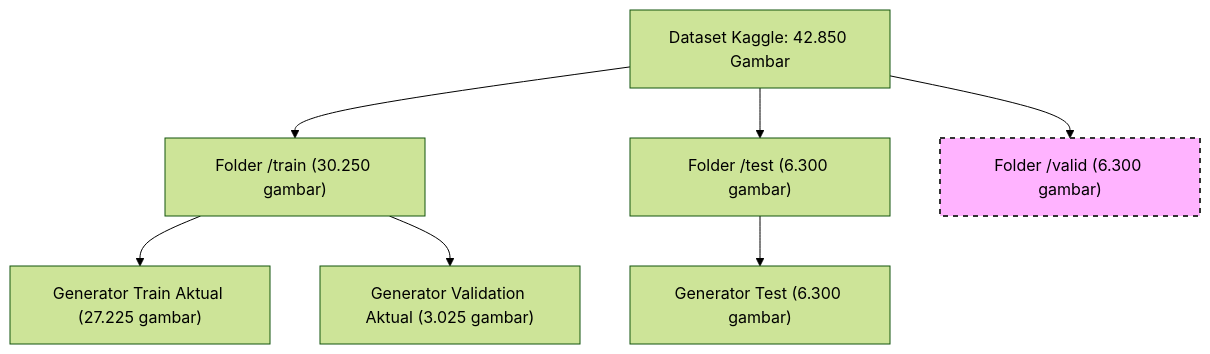
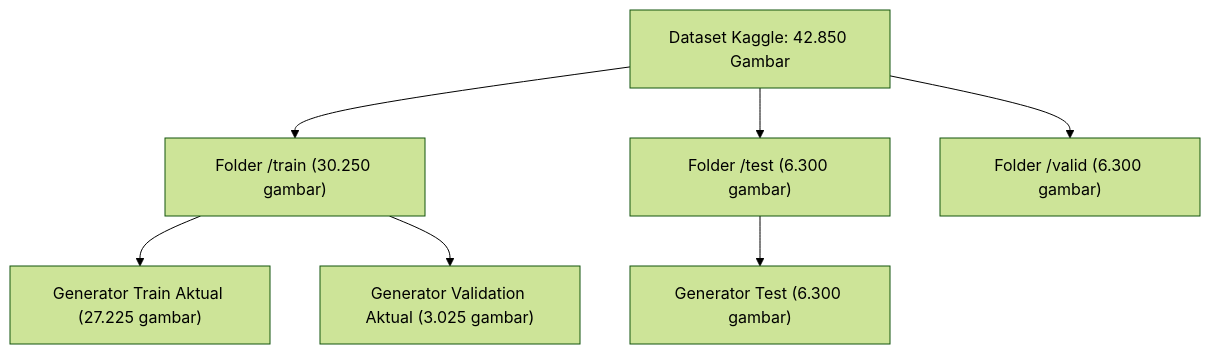
Before and after one commit to hissyam90/kalimantan-wildfire-hotspot-detection: the first of 4 diagrams in docs/MODEL_TRAINING.md, drawn with Mermaid (forest theme). The commit also changed other lines of this file, not shown here.

````diff
--- a/docs/MODEL_TRAINING.md
+++ b/docs/MODEL_TRAINING.md
@@ -48,13 +48,11 @@
 ```mermaid
 graph TD
     Kaggle["Dataset Kaggle: 42.850 Gambar"] --> TrainDir["Folder /train (30.250 gambar)"]
     Kaggle --> TestDir["Folder /test (6.300 gambar)"]
     Kaggle --> ValidDir["Folder /valid (6.300 gambar)"]
 
     TrainDir --> TrainSplit["Generator Train Aktual (27.225 gambar)"]
     TrainDir --> ValidSplit["Generator Validation Aktual (3.025 gambar)"]
     
     TestDir --> TestSplit["Generator Test (6.300 gambar)"]
-    
-    style ValidDir fill:#ffb3ff,stroke:#333,stroke-width:2px,stroke-dasharray: 5 5
 ```
````
